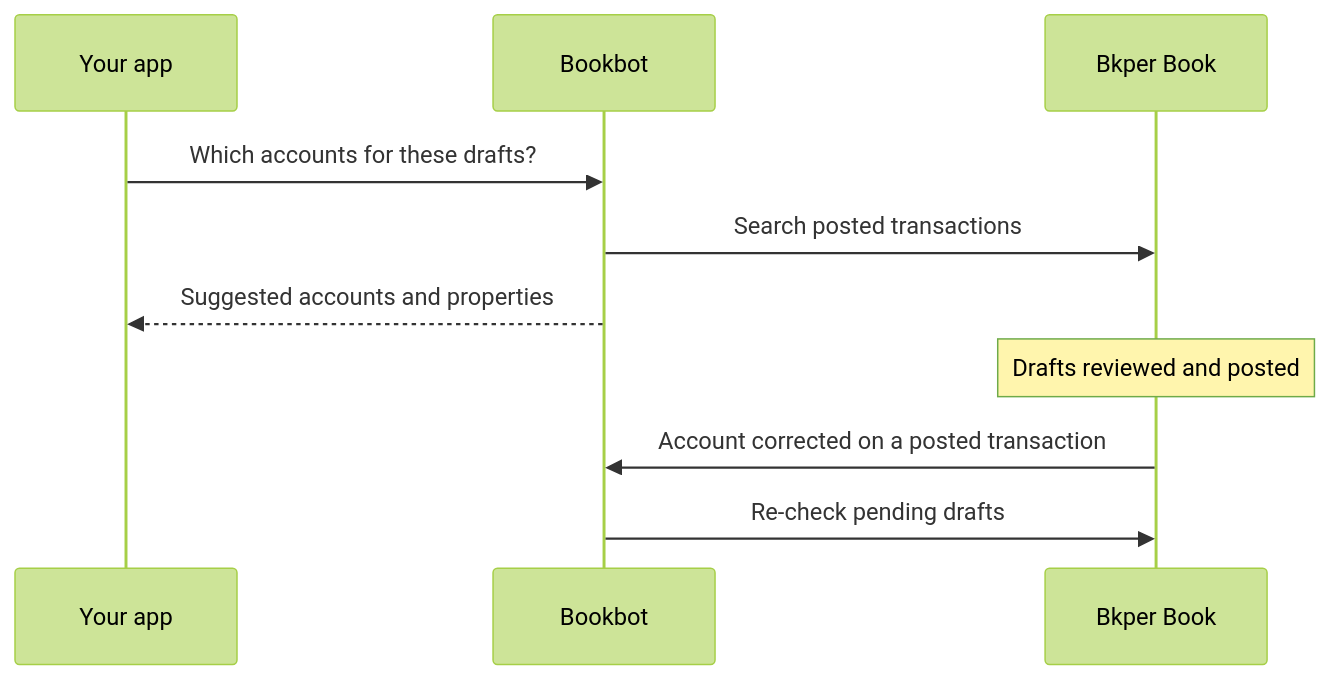
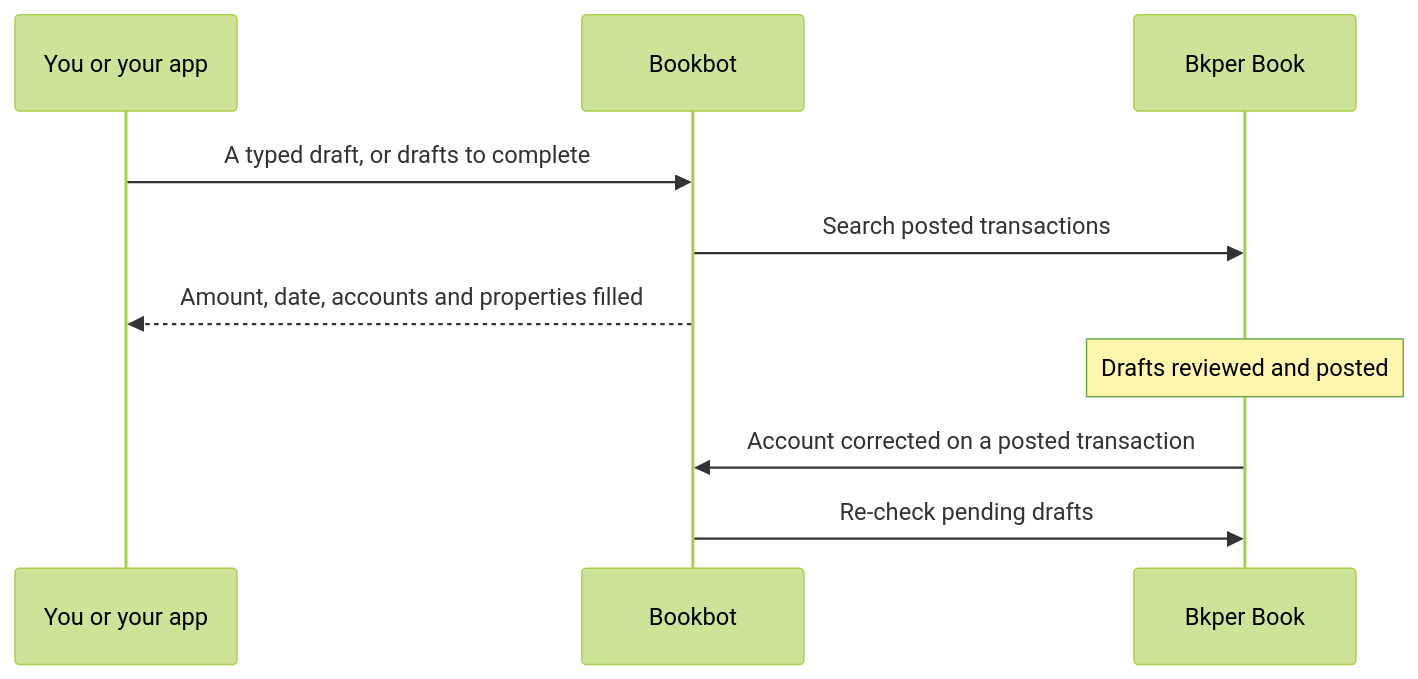
Before and after one commit to bkper/bkper-apps: the diagram in bookbot/README.md, drawn with Mermaid (forest theme). The commit also changed other lines of this file and 3 other files, not shown here.

Commit message:
bookbot: Describe Bookbot as completing drafts

````diff
--- a/bookbot/README.md
+++ b/bookbot/README.md
@@ -11,13 +11,13 @@
 ```mermaid
 sequenceDiagram
-    participant App as Your app
+    participant App as You or your app
     participant Bookbot as Bookbot
     participant Book as Bkper Book
 
-    App->>Bookbot: Which accounts for these drafts?
+    App->>Bookbot: A typed draft, or drafts to complete
     Bookbot->>Book: Search posted transactions
-    Bookbot-->>App: Suggested accounts and properties
+    Bookbot-->>App: Amount, date, accounts and properties filled
     Note over Book: Drafts reviewed and posted
     Book->>Bookbot: Account corrected on a posted transaction
     Bookbot->>Book: Re-check pending drafts
 ```
````
